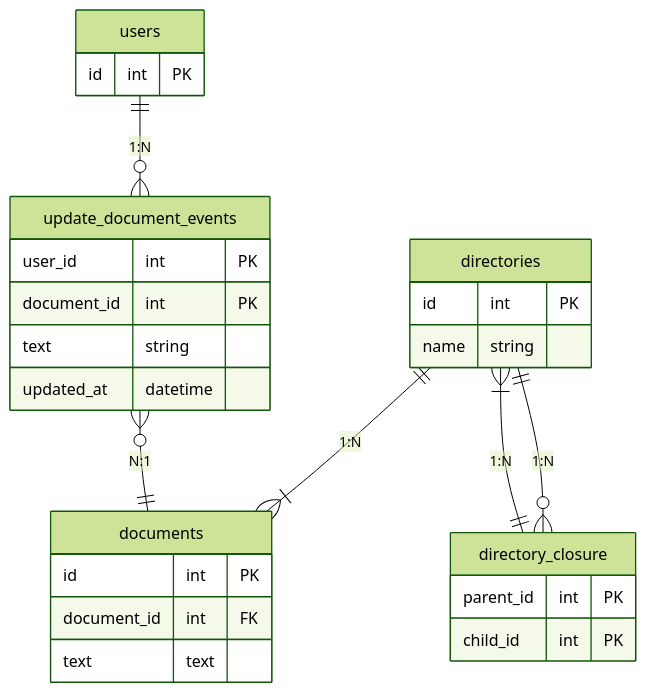
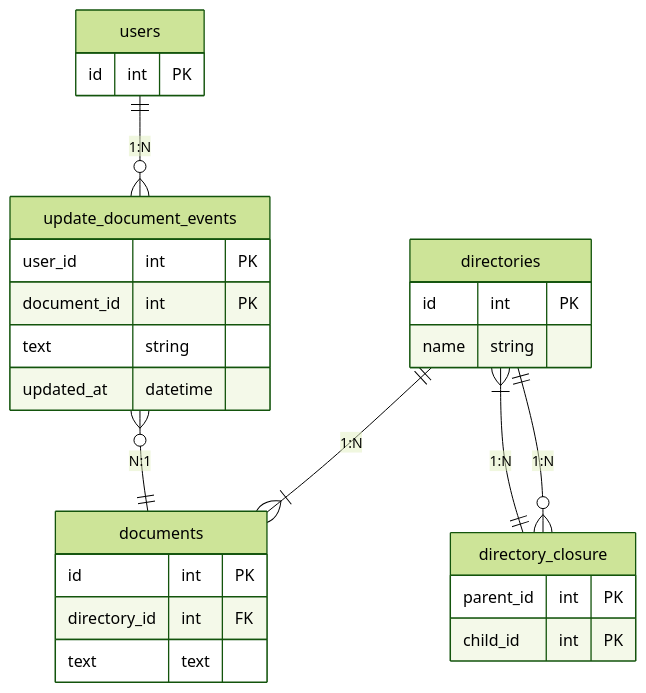
The first of 2 diagrams in db/db-modeling-3/README.md (HitoroOhria/praha-challenge), drawn with Mermaid (forest theme) before and after one commit.

Commit message:
カラム名のタイポを修正

````diff
--- a/db/db-modeling-3/README.md
+++ b/db/db-modeling-3/README.md
@@ -5,36 +5,36 @@
 ```mermaid
 erDiagram
 
 users ||--o{ update_document_events : "1:N"
 users {
   id int PK
 }
 
 directories ||--o{ directory_closure : "1:N"
 directories ||--|{ documents : "1:N"
 directories {
   id int PK
   name string
 }
 
 directory_closure ||--|{ directories : "1:N"
 directory_closure {
   parent_id int PK
   child_id int PK
 }
 
 update_document_events }o--|| documents : "N:1"
 update_document_events {
   user_id int PK
   document_id int PK
   text string
   updated_at datetime
 }
 
 documents {
   id int PK
-  document_id int FK
+  directory_id int FK
   text text
 }
 
 ```
````
